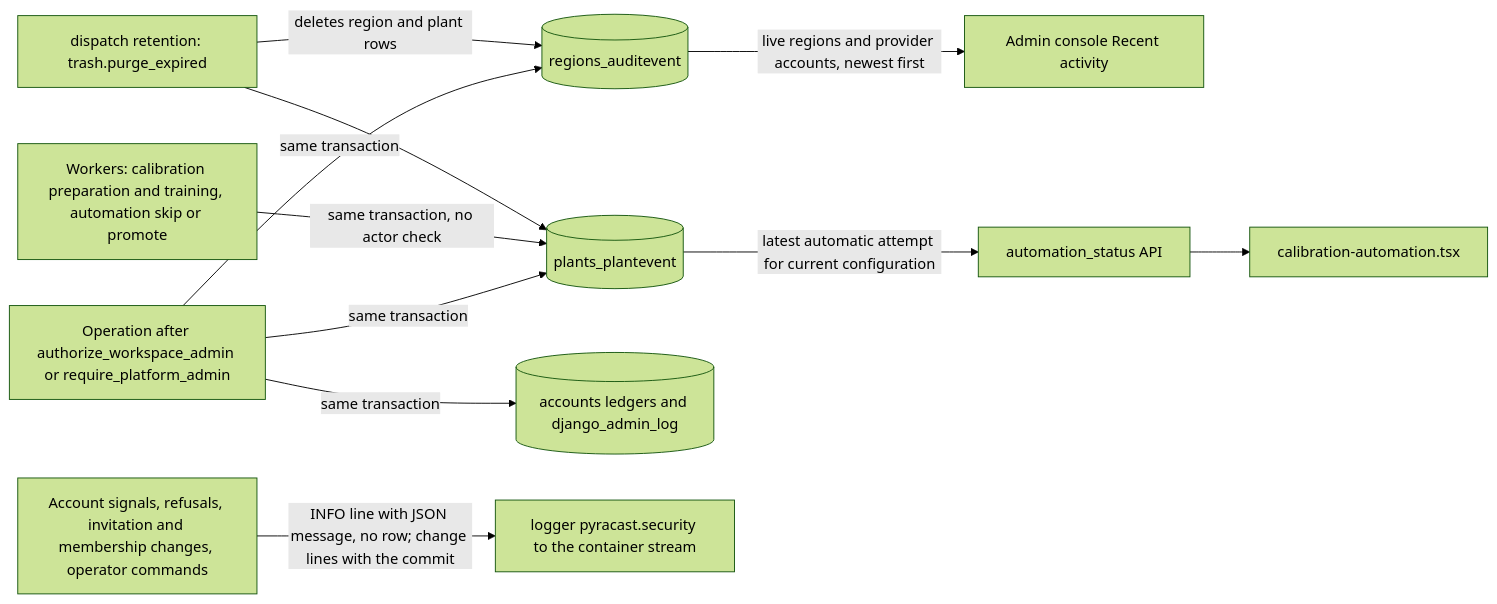
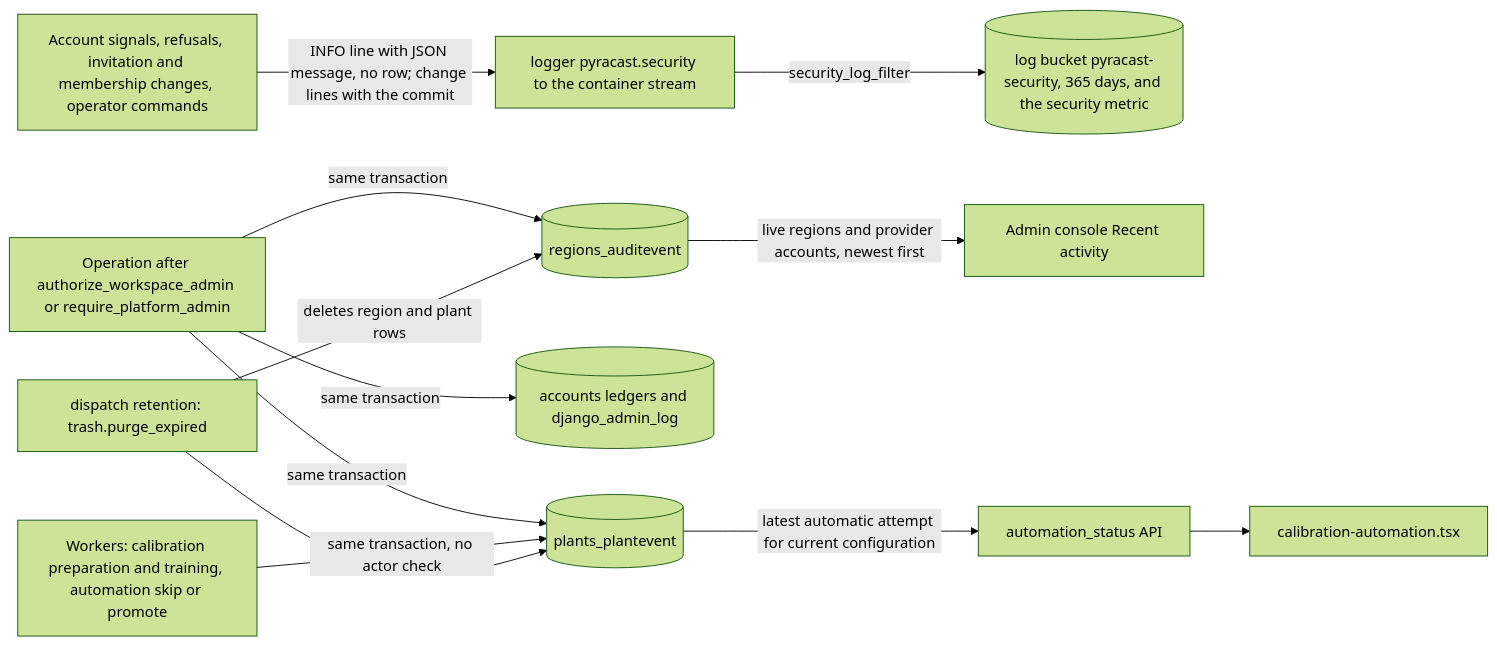
One commit to erkurtharun/pyracast changed the diagram in docs/flows/audit-trail.md. Above: the diagram before and after it, drawn with Mermaid (forest theme). The commit also changed other lines of this file and 52 other files, not shown here.

First line of the commit message:
Bring the flow pages in line with account erasure, typed plant values, on-demand loading, operations events and provider accounts

````diff
--- a/docs/flows/audit-trail.md
+++ b/docs/flows/audit-trail.md
@@ -17,13 +18,14 @@
 ```mermaid
 flowchart LR
     OP["Operation after authorize_workspace_admin or require_platform_admin"] -->|"same transaction"| AE[("regions_auditevent")]
     OP -->|"same transaction"| PE[("plants_plantevent")]
     OP -->|"same transaction"| LG[("accounts ledgers and django_admin_log")]
     WK["Workers: calibration preparation and training, automation skip or promote"] -->|"same transaction, no actor check"| PE
     SIG["Account signals, refusals, invitation and membership changes, operator commands"] -->|"INFO line with JSON message, no row; change lines with the commit"| LOG["logger pyracast.security to the container stream"]
+    LOG -->|"security_log_filter"| BKT[("log bucket pyracast-security, 365 days, and the security metric")]
     AE -->|"live regions and provider accounts, newest first"| CON["Admin console Recent activity"]
     PE -->|"latest automatic attempt for current configuration"| AS["automation_status API"]
     AS --> WEB["calibration-automation.tsx"]
     PUR["dispatch retention: trash.purge_expired"] -->|"deletes region and plant rows"| AE
     PUR --> PE
 ```
````
